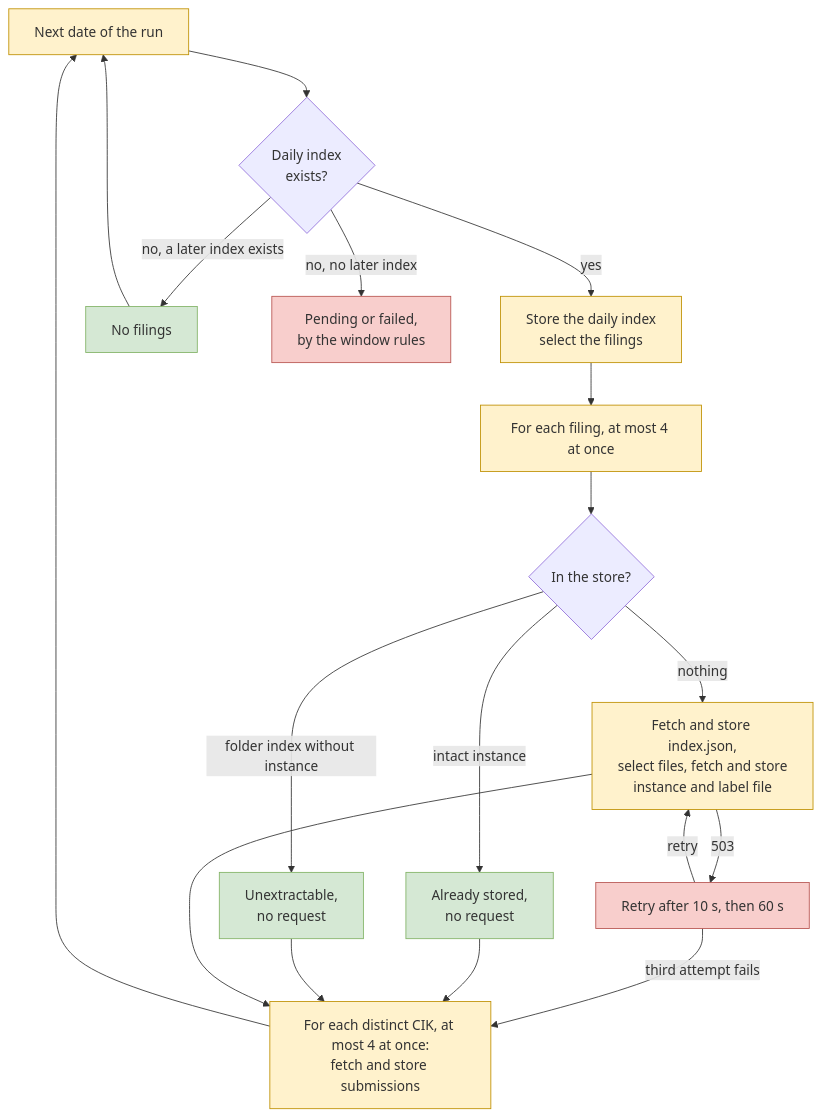
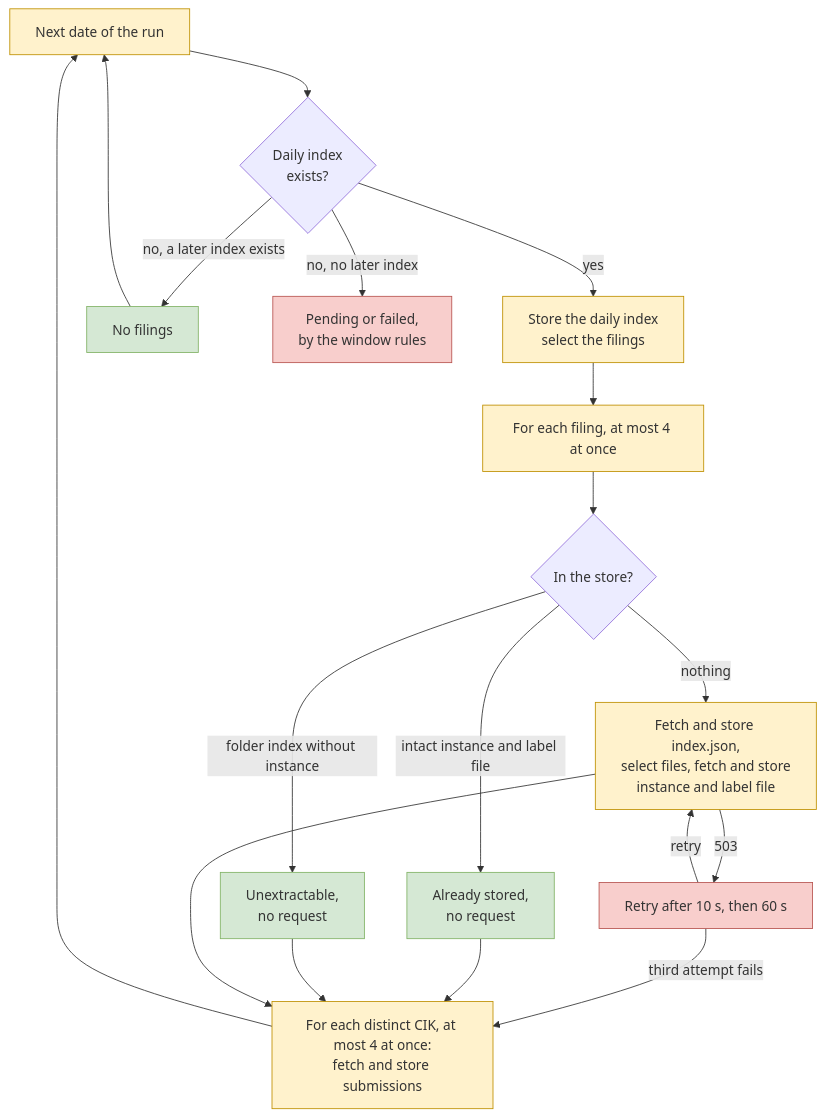
One commit to ironcapitaleu/arkad changed the fourth of 4 diagrams in sec/design/pipeline/extraction_overview.md. Above: the diagram before and after it, drawn with Mermaid. The commit also changed other lines of this file and 3 other files, not shown here.

First line of the commit message:
feat(sec): skip a stored filing only when its label file is intact

````diff
--- a/sec/design/pipeline/extraction_overview.md
+++ b/sec/design/pipeline/extraction_overview.md
@@ -394,24 +394,24 @@
 ```mermaid
 flowchart TB
     classDef step fill:#fff2cc,stroke:#bf9000
     classDef skip fill:#d5e8d4,stroke:#82b366
     classDef fail fill:#f8cecc,stroke:#b85450
 
     D["Next date of the run"]:::step --> DI{"Daily index<br/>exists?"}
     DI -- "yes" --> SD["Store the daily index<br/>select the filings"]:::step
     DI -- "no, a later index exists" --> E["No filings"]:::skip
     DI -- "no, no later index" --> P["Pending or failed,<br/>by the window rules"]:::fail
     SD --> F["For each filing, at most 4 at once"]:::step
     F --> R{"In the store?"}
-    R -- "intact instance" --> S1["Already stored,<br/>no request"]:::skip
+    R -- "intact instance and label file" --> S1["Already stored,<br/>no request"]:::skip
     R -- "folder index without instance" --> S2["Unextractable,<br/>no request"]:::skip
     R -- "nothing" --> X["Fetch and store index.json,<br/>select files, fetch and store<br/>instance and label file"]:::step
     X -- "503" --> RT["Retry after 10 s, then 60 s"]:::fail
     RT -- "retry" --> X
     RT -- "third attempt fails" --> C
     S1 --> C["For each distinct CIK, at most 4 at once:<br/>fetch and store submissions"]:::step
     S2 --> C
     X --> C
     E --> D
     C --> D
 ```
````
